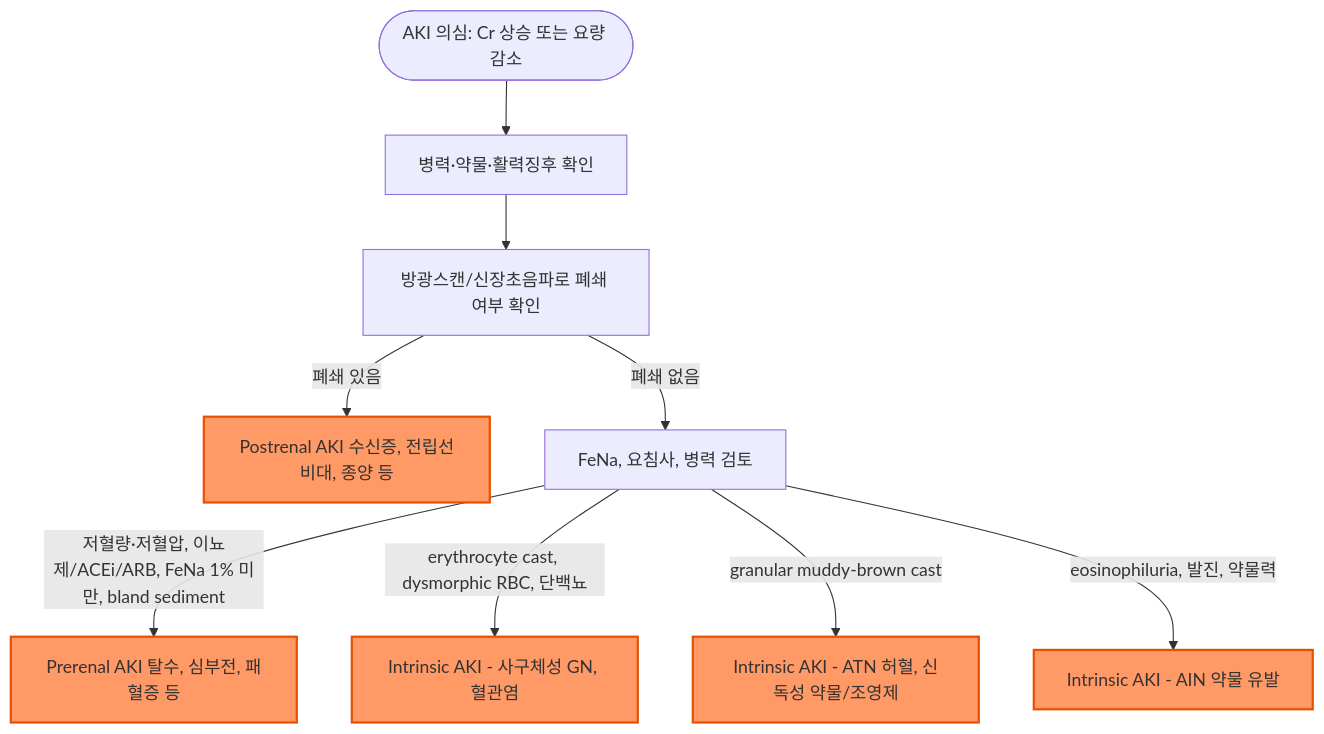
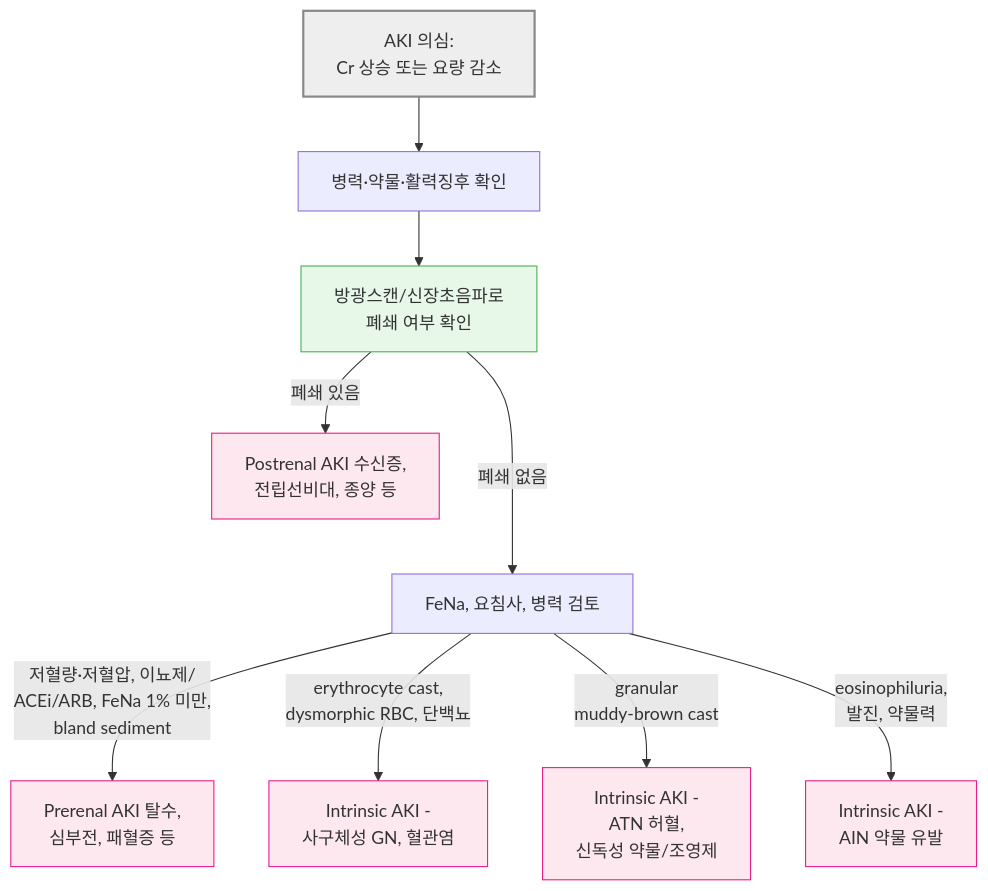
One commit to familyoh77/familyoh77 changed the diagram in 227_/109_.md. Above: the diagram before and after it, drawn with Mermaid.

Commit message:
GITBOOK-1250: No subject

````diff
--- a/227_/109_.md
+++ b/227_/109_.md
@@ -54,17 +54,17 @@
 ```mermaid
 graph TD
-    Start([AKI 의심: Cr 상승 또는 요량 감소]) --> A[병력·약물·활력징후 확인]
-    A --> B[방광스캔/신장초음파로 폐쇄 여부 확인]
-    B -->|폐쇄 있음| Post[Postrenal AKI 수신증, 전립선비대, 종양 등]
-    B -->|폐쇄 없음| C[FeNa, 요침사, 병력 검토]
-    C -->|저혈량·저혈압, 이뇨제/ACEi/ARB, FeNa 1% 미만, bland sediment| Pre[Prerenal AKI 탈수, 심부전, 패혈증 등]
-    C -->|erythrocyte cast, dysmorphic RBC, 단백뇨| Int1[Intrinsic AKI - 사구체성 GN, 혈관염]
-    C -->|granular muddy-brown cast| Int2[Intrinsic AKI - ATN 허혈, 신독성 약물/조영제]
-    C -->|eosinophiluria, 발진, 약물력| Int3[Intrinsic AKI - AIN 약물 유발]
+    Start[AKI 의심: <br/>Cr 상승 또는 요량 감소] --> A[병력·약물·활력징후 확인]
+    A --> B[방광스캔/신장초음파로<br/> 폐쇄 여부 확인]
+    B -->|폐쇄 있음| Post[Postrenal AKI 수신증, <br/>전립선비대, 종양 등]
+    B --->|폐쇄 없음| C[FeNa, 요침사, 병력 검토]
+    C -->|저혈량·저혈압, 이뇨제/<br/>ACEi/ARB, FeNa 1% 미만, <br/>bland sediment| Pre[Prerenal AKI 탈수, <br/>심부전, 패혈증 등]
+    C -->|erythrocyte cast, <br/>dysmorphic RBC, 단백뇨| Int1[Intrinsic AKI - <br/>사구체성 GN, 혈관염]
+    C -->|granular <br/>muddy-brown cast| Int2[Intrinsic AKI - <br/>ATN 허혈, <br/>신독성 약물/조영제]
+    C -->|eosinophiluria, <br/>발진, 약물력| Int3[Intrinsic AKI - <br/>AIN 약물 유발]
 
-    style Post fill:#f96,stroke:#e65100,stroke-width:2px
-    style Pre fill:#f96,stroke:#e65100,stroke-width:2px
-    style Int1 fill:#f96,stroke:#e65100,stroke-width:2px
-    style Int2 fill:#f96,stroke:#e65100,stroke-width:2px
-    style Int3 fill:#f96,stroke:#e65100,stroke-width:2px
+
+style Start fill:#eeeeee,stroke:#888888,stroke-width:2px
+style B fill:#e8f8e8,stroke:#4caf50
+classDef pink fill:#fde8f0,stroke:#e91e8c
+class Post,Pre,Int1,Int2,Int3 pink
 ```
````
